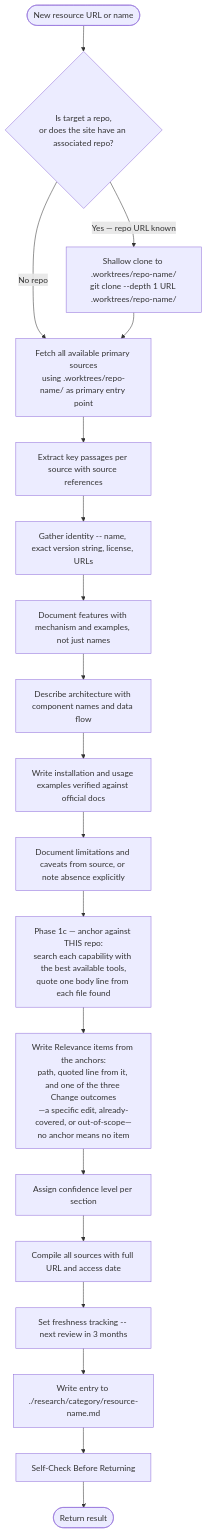
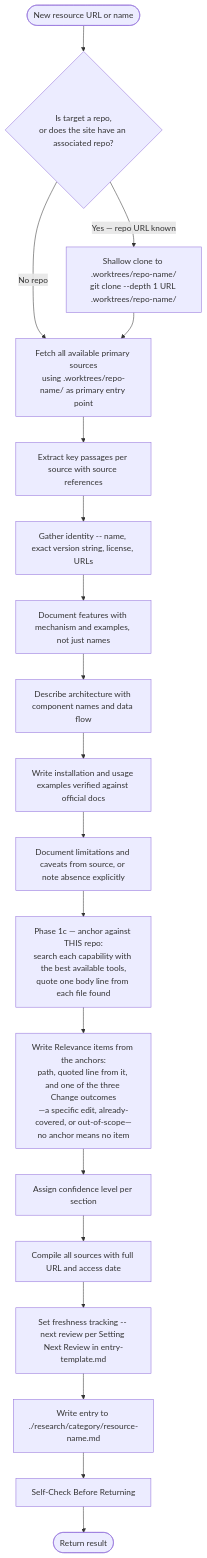
Before and after one commit to Jamie-BitFlight/claude_skills: the second of 2 diagrams in .claude/agents/research-curator.md, drawn with Mermaid. The commit also changed other lines of this file and 6 other files, not shown here.

````diff
--- a/.claude/agents/research-curator.md
+++ b/.claude/agents/research-curator.md
@@ -179,21 +179,21 @@
 ```mermaid
 flowchart TD
     Start([New resource URL or name]) --> CloneCheck{Is target a repo,<br>or does the site have an associated repo?}
     CloneCheck -->|"Yes — repo URL known"| ShallowClone["Shallow clone to .worktrees/repo-name/<br>git clone --depth 1 URL .worktrees/repo-name/"]
     CloneCheck -->|"No repo"| Fetch[Fetch all available primary sources]
     ShallowClone --> Fetch[Fetch all available primary sources<br>using .worktrees/repo-name/ as primary entry point]
     Fetch --> Extract[Extract key passages per source with source references]
     Extract --> Metadata[Gather identity -- name, exact version string, license, URLs]
     Metadata --> Features[Document features with mechanism and examples, not just names]
     Features --> Architecture[Describe architecture with component names and data flow]
     Architecture --> Usage[Write installation and usage examples verified against official docs]
     Usage --> Limitations[Document limitations and caveats from source, or note absence explicitly]
     Limitations --> Anchors[Phase 1c — anchor against THIS repo:<br>search each capability with the best available tools,<br>quote one body line from each file found]
     Anchors --> Relevance[Write Relevance items from the anchors:<br>path, quoted line from it, and one of the three Change outcomes<br>—a specific edit, already-covered, or out-of-scope—<br>no anchor means no item]
     Relevance --> Confidence[Assign confidence level per section]
     Confidence --> References[Compile all sources with full URL and access date]
-    References --> Freshness[Set freshness tracking -- next review in 3 months]
+    References --> Freshness[Set freshness tracking -- next review per Setting Next Review in entry-template.md]
     Freshness --> WriteFile[Write entry to ./research/category/resource-name.md]
     WriteFile --> SelfCheck[Self-Check Before Returning]
     SelfCheck --> Done([Return result])
 ```
````
